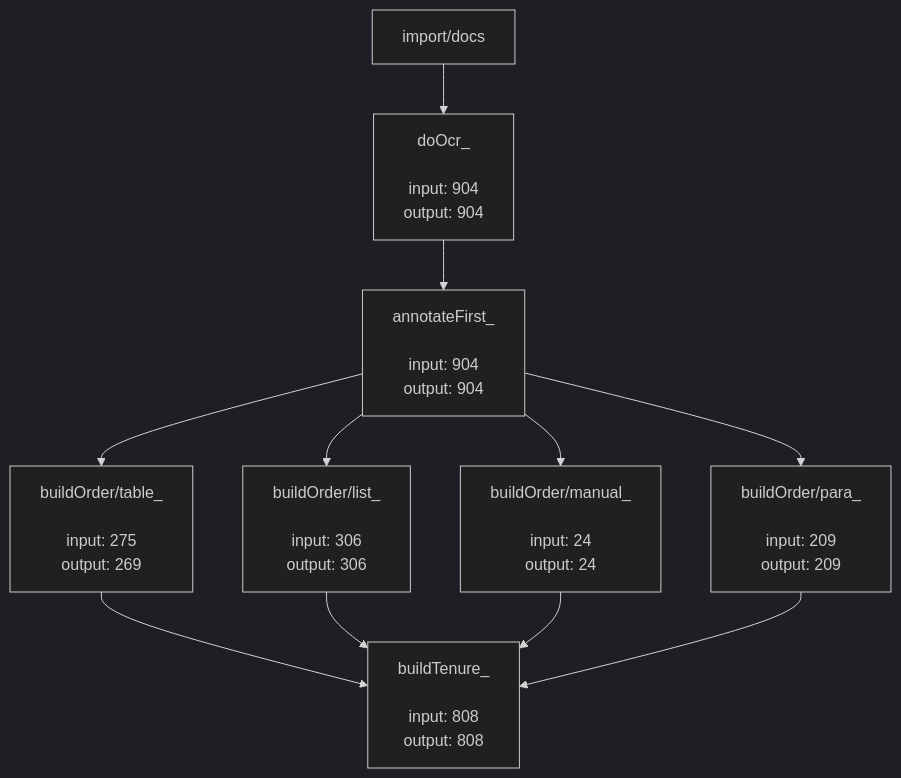
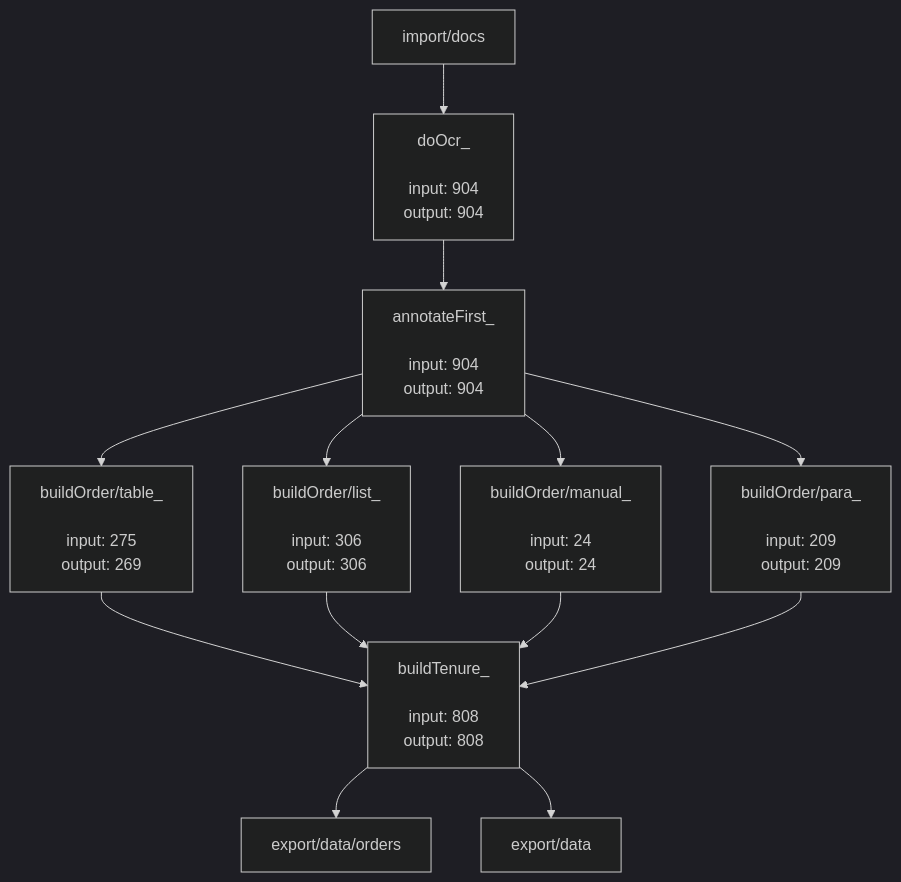
The diagram in calcu/README.md (mukundesh/calcu), drawn with Mermaid (dark theme) before and after one commit.

````diff
--- a/calcu/README.md
+++ b/calcu/README.md
@@ -4,21 +4,25 @@
 ```mermaid
 graph TD;
         buildOrder/table_[<div align=leg>buildOrder/table_</div><br/>input: 275<br/>output: 269] --> buildTenure_[<div align=leg>buildTenure_</div><br/>input: 808<br/>output: 808];
         buildOrder/list_[<div align=leg>buildOrder/list_</div><br/>input: 306<br/>output: 306] --> buildTenure_[<div align=leg>buildTenure_</div><br/>input: 808<br/>output: 808];
         buildOrder/manual_[<div align=leg>buildOrder/manual_</div><br/>input: 24<br/>output: 24] --> buildTenure_[<div align=leg>buildTenure_</div><br/>input: 808<br/>output: 808];
         buildOrder/para_[<div align=leg>buildOrder/para_</div><br/>input: 209<br/>output: 209] --> buildTenure_[<div align=leg>buildTenure_</div><br/>input: 808<br/>output: 808];
         annotateFirst_[<div align=leg>annotateFirst_</div><br/>input: 904<br/>output: 904] --> buildOrder/table_;
         annotateFirst_[<div align=leg>annotateFirst_</div><br/>input: 904<br/>output: 904] --> buildOrder/list_;
         annotateFirst_[<div align=leg>annotateFirst_</div><br/>input: 904<br/>output: 904] --> buildOrder/manual_;
         annotateFirst_[<div align=leg>annotateFirst_</div><br/>input: 904<br/>output: 904] --> buildOrder/para_;
         doOcr_[<div align=leg>doOcr_</div><br/>input: 904<br/>output: 904] --> annotateFirst_;
         import/docs --> doOcr_;
-        click buildOrder/table_ "https://github.com/orgpedia/cabsec2/tree/main/flow/buildOrder/table_" "buildOrder/table_";
+        buildTenure_ --> export/data/orders;
+        buildTenure_ --> export/data;
+        click buildTenure_ "https://github.com/orgpedia/cabsec2/tree/main/flow/buildTenure_" "buildTenure_";
         click annotateFirst_ "https://github.com/orgpedia/cabsec2/tree/main/flow/annotateFirst_" "annotateFirst_";
-        click buildOrder/para_ "https://github.com/orgpedia/cabsec2/tree/main/flow/buildOrder/para_" "buildOrder/para_";
-        click doOcr_ "https://github.com/orgpedia/cabsec2/tree/main/flow/doOcr_" "doOcr_";
-        click buildTenure_ "https://github.com/orgpedia/cabsec2/tree/main/flow/buildTenure_" "buildTenure_";
         click buildOrder/manual_ "https://github.com/orgpedia/cabsec2/tree/main/flow/buildOrder/manual_" "buildOrder/manual_";
         click buildOrder/list_ "https://github.com/orgpedia/cabsec2/tree/main/flow/buildOrder/list_" "buildOrder/list_";
+        click buildOrder/para_ "https://github.com/orgpedia/cabsec2/tree/main/flow/buildOrder/para_" "buildOrder/para_";
+        click buildOrder/table_ "https://github.com/orgpedia/cabsec2/tree/main/flow/buildOrder/table_" "buildOrder/table_";
+        click doOcr_ "https://github.com/orgpedia/cabsec2/tree/main/flow/doOcr_" "doOcr_";
+        click export/data "https://github.com/orgpedia/cabsec2/tree/main/export/data" "export/data";
+        click export/data/orders "https://github.com/orgpedia/cabsec2/tree/main/export/data/orders" "export/data/orders";
         click import/docs "https://github.com/orgpedia/cabsec2/tree/main/import/docs" "import/docs";
 ```
````
